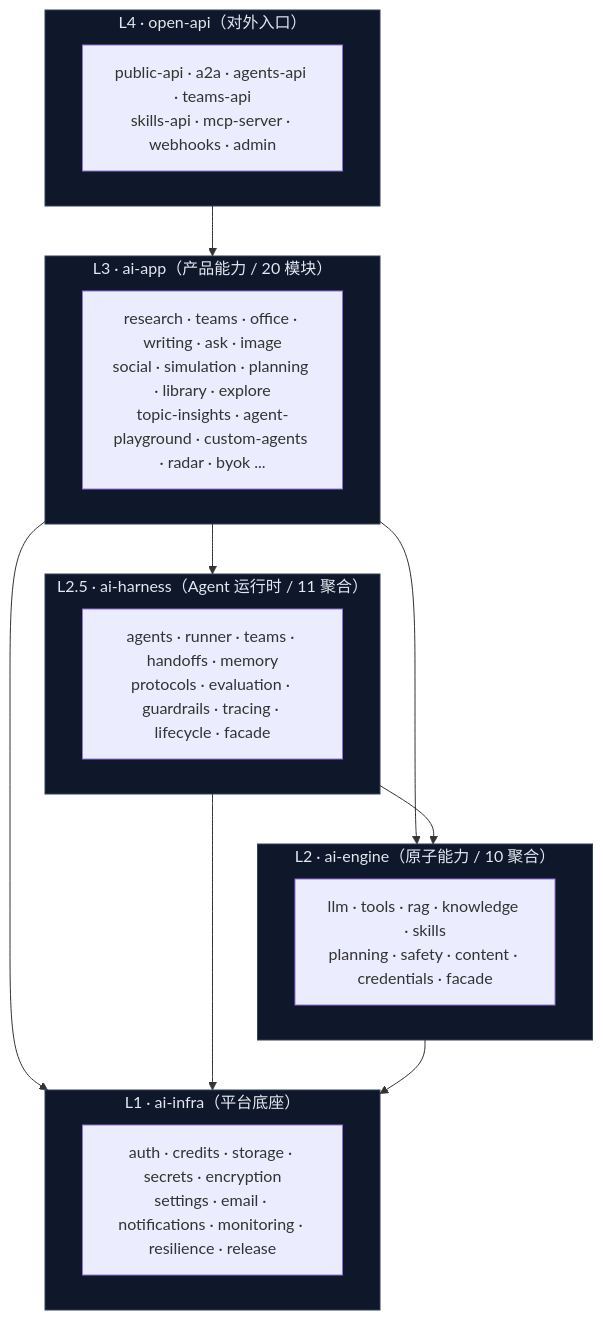
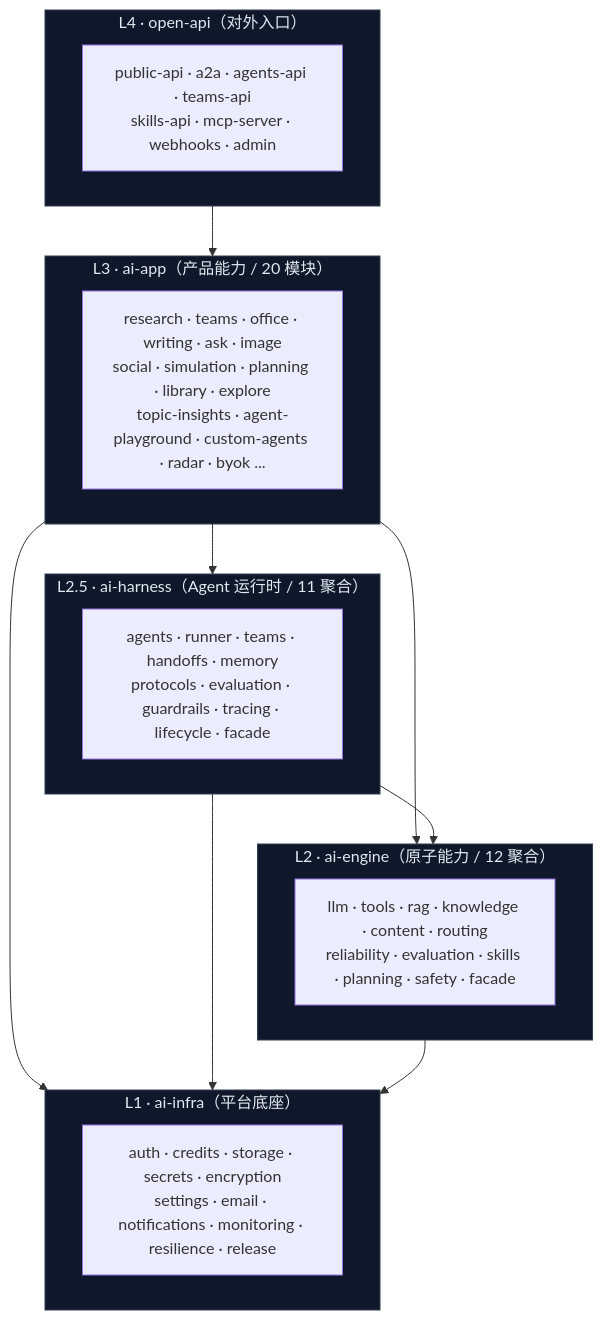
One commit to genesis-agents/GenesisPod changed the first of 7 diagrams in docs/architecture/layered-architecture.md. Above: the diagram before and after it, drawn with Mermaid. The commit also changed other lines of this file and 1 other file, not shown here.

First line of the commit message:
docs(architecture): align layered-architecture to 12 ai-engine aggregates and supersede redesign

````diff
--- a/docs/architecture/layered-architecture.md
+++ b/docs/architecture/layered-architecture.md
@@ -11,38 +11,38 @@
 ```mermaid
 flowchart TB
     subgraph L4["L4 · open-api（对外入口）"]
         direction LR
         OA["public-api · a2a · agents-api · teams-api<br/>skills-api · mcp-server · webhooks · admin"]
     end
 
     subgraph L3["L3 · ai-app（产品能力 / 20 模块）"]
         direction LR
         APP["research · teams · office · writing · ask · image<br/>social · simulation · planning · library · explore<br/>topic-insights · agent-playground · custom-agents · radar · byok ..."]
     end
 
     subgraph L25["L2.5 · ai-harness（Agent 运行时 / 11 聚合）"]
         direction LR
         H["agents · runner · teams · handoffs · memory<br/>protocols · evaluation · guardrails · tracing · lifecycle · facade"]
     end
 
-    subgraph L2["L2 · ai-engine（原子能力 / 10 聚合）"]
+    subgraph L2["L2 · ai-engine（原子能力 / 12 聚合）"]
         direction LR
-        E["llm · tools · rag · knowledge · skills<br/>planning · safety · content · credentials · facade"]
+        E["llm · tools · rag · knowledge · content · routing<br/>reliability · evaluation · skills · planning · safety · facade"]
     end
 
     subgraph L1["L1 · ai-infra（平台底座）"]
         direction LR
         I["auth · credits · storage · secrets · encryption<br/>settings · email · notifications · monitoring · resilience · release"]
     end
 
     L4 --> L3
     L3 --> L25
     L3 --> L2
     L3 --> L1
     L25 --> L2
     L25 --> L1
     L2 --> L1
 
     classDef layer fill:#0f172a,stroke:#334155,color:#e2e8f0
     class L4,L3,L25,L2,L1 layer
 ```
````
